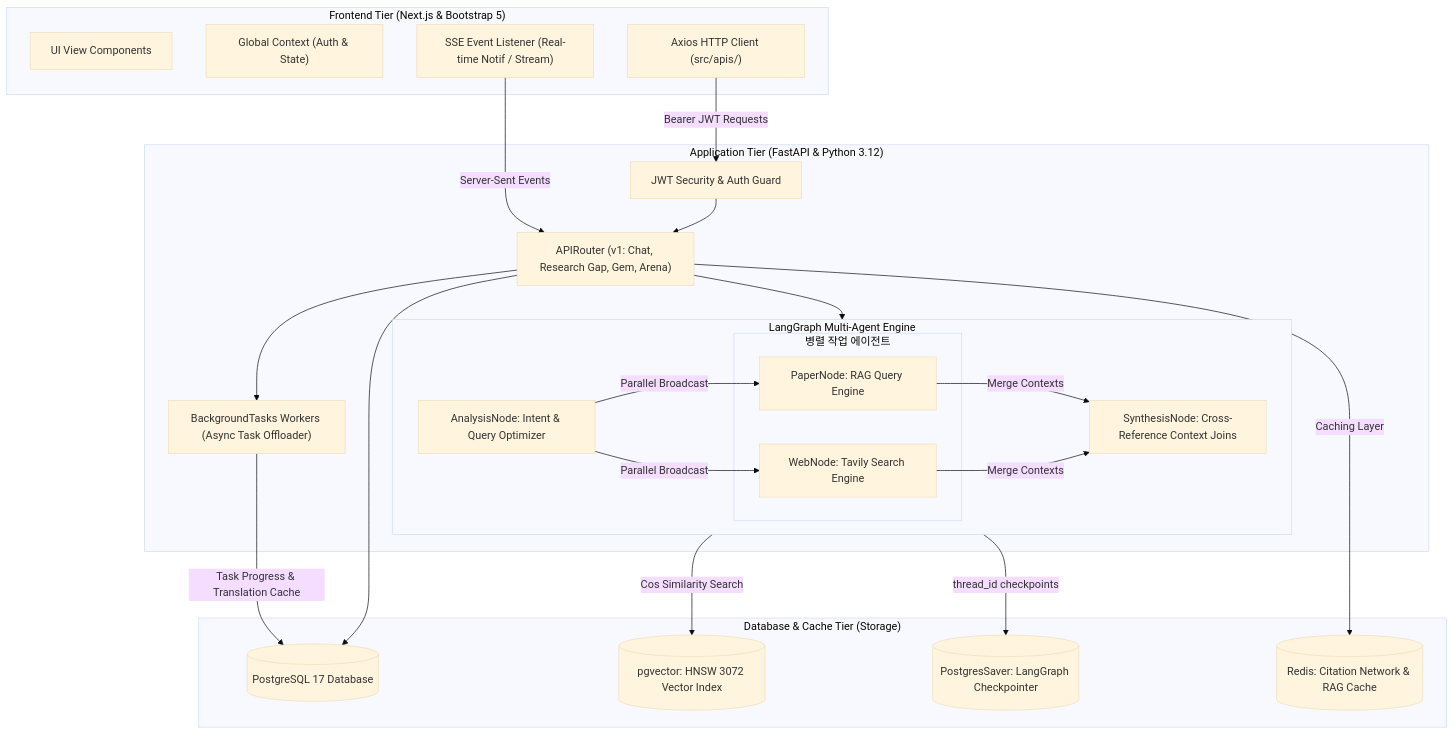
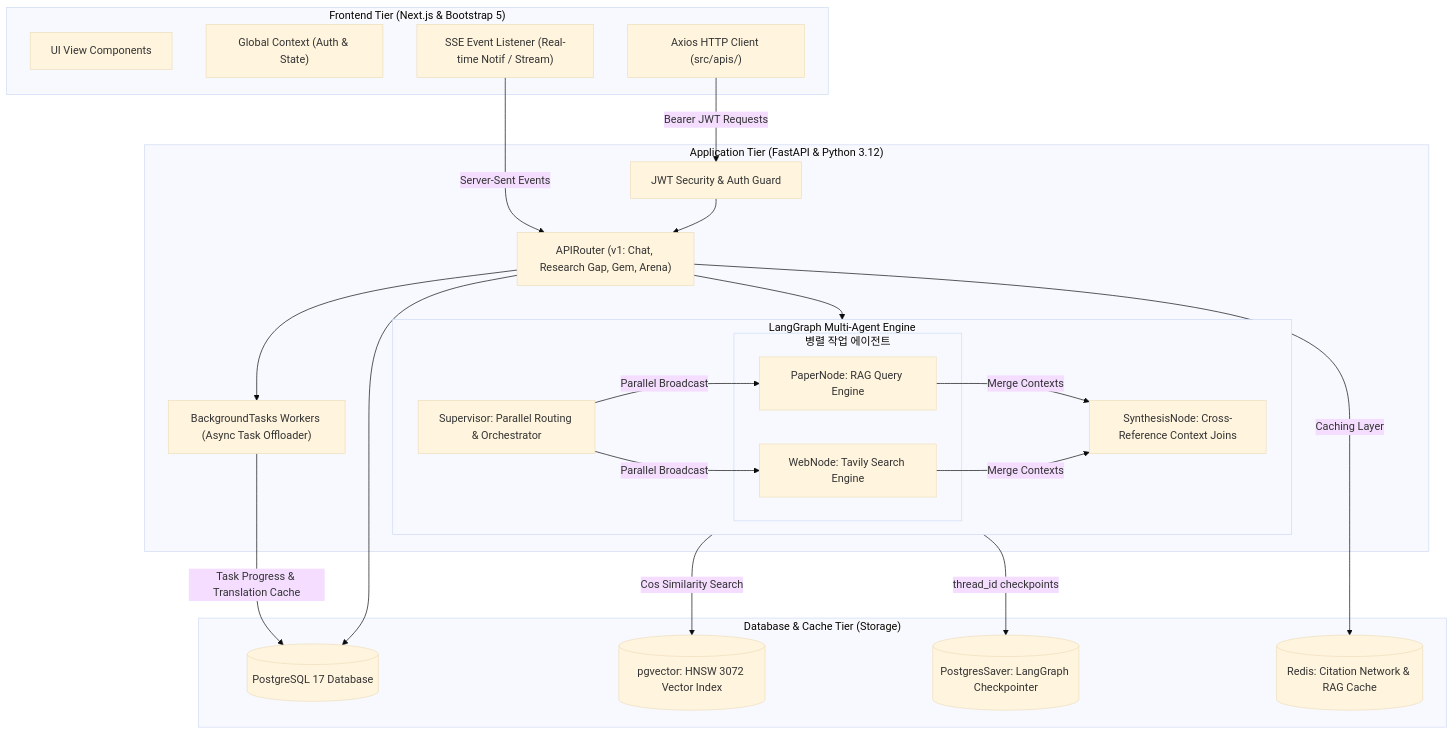
Before and after one commit to bist-mini-2/bist-mini-2: the diagram in docs/deliverables/4th/04_system_architecture_and_api_spec.md, drawn with Mermaid (base theme). The commit also changed other lines of this file and 63 other files, not shown here.

Commit message:
docs: clean up 4th deliverables directory, move PDF to final and update diagram generator

````diff
--- a/docs/deliverables/4th/04_system_architecture_and_api_spec.md
+++ b/docs/deliverables/4th/04_system_architecture_and_api_spec.md
@@ -31,54 +31,54 @@
 ```mermaid
 graph TD
     subgraph Client_Tier ["Frontend Tier (Next.js & Bootstrap 5)"]
         UI["UI View Components"]
         GlobalContext["Global Context (Auth & State)"]
         AxiosClient["Axios HTTP Client (src/apis/)"]
         SSEReader["SSE Event Listener (Real-time Notif / Stream)"]
     end
 
     subgraph Backend_Tier ["Application Tier (FastAPI & Python 3.12)"]
         JWTAuth["JWT Security & Auth Guard"]
         RouterLayer["APIRouter (v1: Chat, Research Gap, Gem, Arena)"]
         BGTask["BackgroundTasks Workers (Async Task Offloader)"]
         
         subgraph LangGraph_Agent_Engine ["LangGraph Multi-Agent Engine"]
-            AnalysisNode[AnalysisNode: Intent & Query Optimizer]
+            Supervisor[Supervisor: Parallel Routing & Orchestrator]
             
             subgraph Parallel_Workers [병렬 작업 에이전트]
                 PaperNode[PaperNode: RAG Query Engine]
                 WebNode[WebNode: Tavily Search Engine]
             end
             
             SynthesisNode[SynthesisNode: Cross-Reference Context Joins]
             
-            AnalysisNode -->|Parallel Broadcast| PaperNode
-            AnalysisNode -->|Parallel Broadcast| WebNode
+            Supervisor -->|Parallel Broadcast| PaperNode
+            Supervisor -->|Parallel Broadcast| WebNode
             PaperNode -->|Merge Contexts| SynthesisNode
             WebNode -->|Merge Contexts| SynthesisNode
         end
     end
 
     subgraph Storage_Tier ["Database & Cache Tier (Storage)"]
         PGDB[("PostgreSQL 17 Database")]
         VectorStore[("pgvector: HNSW 3072 Vector Index")]
         LGSaver[("PostgresSaver: LangGraph Checkpointer")]
         RedisCache[("Redis: Citation Network & RAG Cache")]
     end
 
     %% Client Communication
     AxiosClient -->|Bearer JWT Requests| JWTAuth
     SSEReader -->|Server-Sent Events| RouterLayer
     
     %% Backend Orchestration
     JWTAuth --> RouterLayer
     RouterLayer --> LangGraph_Agent_Engine
     RouterLayer --> BGTask
     RouterLayer -->|Caching Layer| RedisCache
     
     %% Storage Connections
     LangGraph_Agent_Engine -->|thread_id checkpoints| LGSaver
     LangGraph_Agent_Engine -->|Cos Similarity Search| VectorStore
     BGTask -->|Task Progress & Translation Cache| PGDB
     RouterLayer --> PGDB
 ```
````
